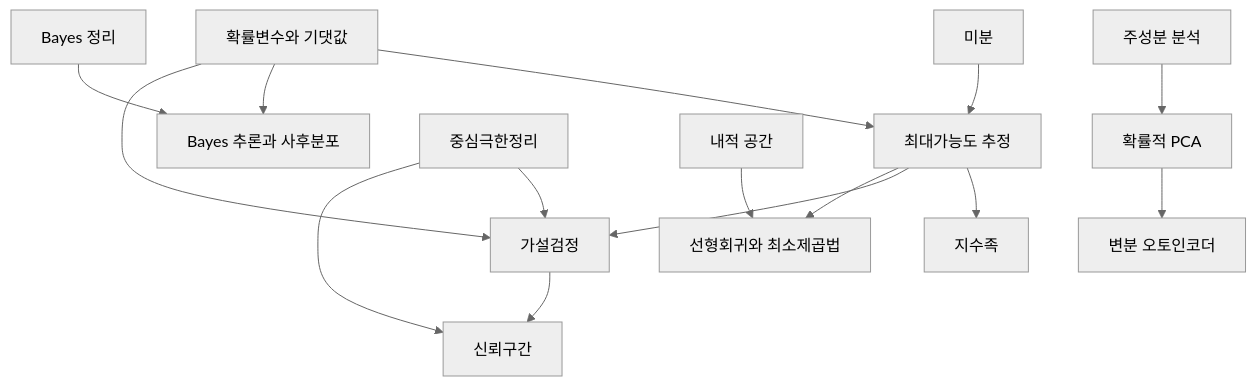
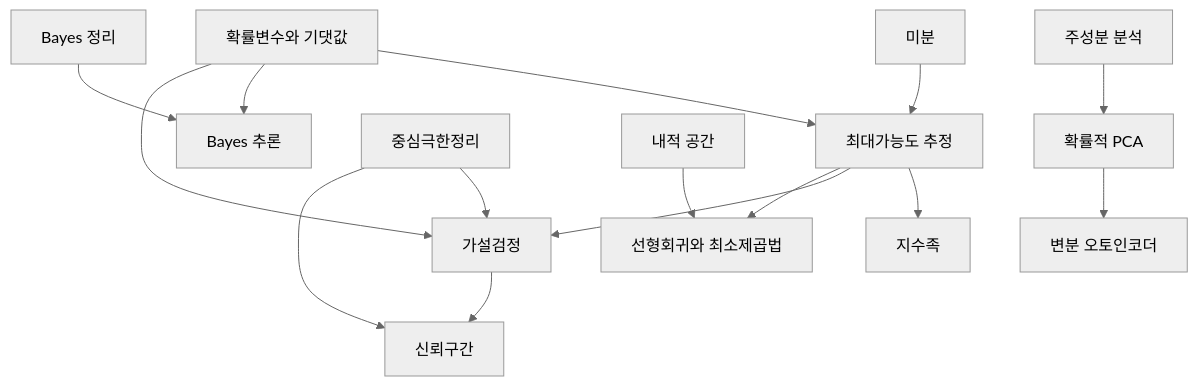
Before and after one commit to Phryxia/math-map: the diagram in docs/statistics-overview.md, drawn with Mermaid (neutral theme). The commit also changed other lines of this file and 33 other files, not shown here.

````diff
--- a/docs/statistics-overview.md
+++ b/docs/statistics-overview.md
@@ -13,17 +13,17 @@
 ```mermaid
 graph TD
   DV["미분"] --> ML["최대가능도 추정"]
   RV["확률변수와 기댓값"] --> ML
   ML --> EF["지수족"]
-  BY["Bayes 정리"] --> BI["Bayes 추론과 사후분포"]
+  BY["Bayes 정리"] --> BI["Bayes 추론"]
   RV --> BI
   ML --> HT["가설검정"]
   RV --> HT
   CLT["중심극한정리"] --> HT
   HT --> CI["신뢰구간"]
   CLT --> CI
   IP["내적 공간"] --> LR["선형회귀와 최소제곱법"]
   ML --> LR
   PCA["주성분 분석"] --> PPCA["확률적 PCA"]
   PPCA --> VAE["변분 오토인코더"]
 ```
````
